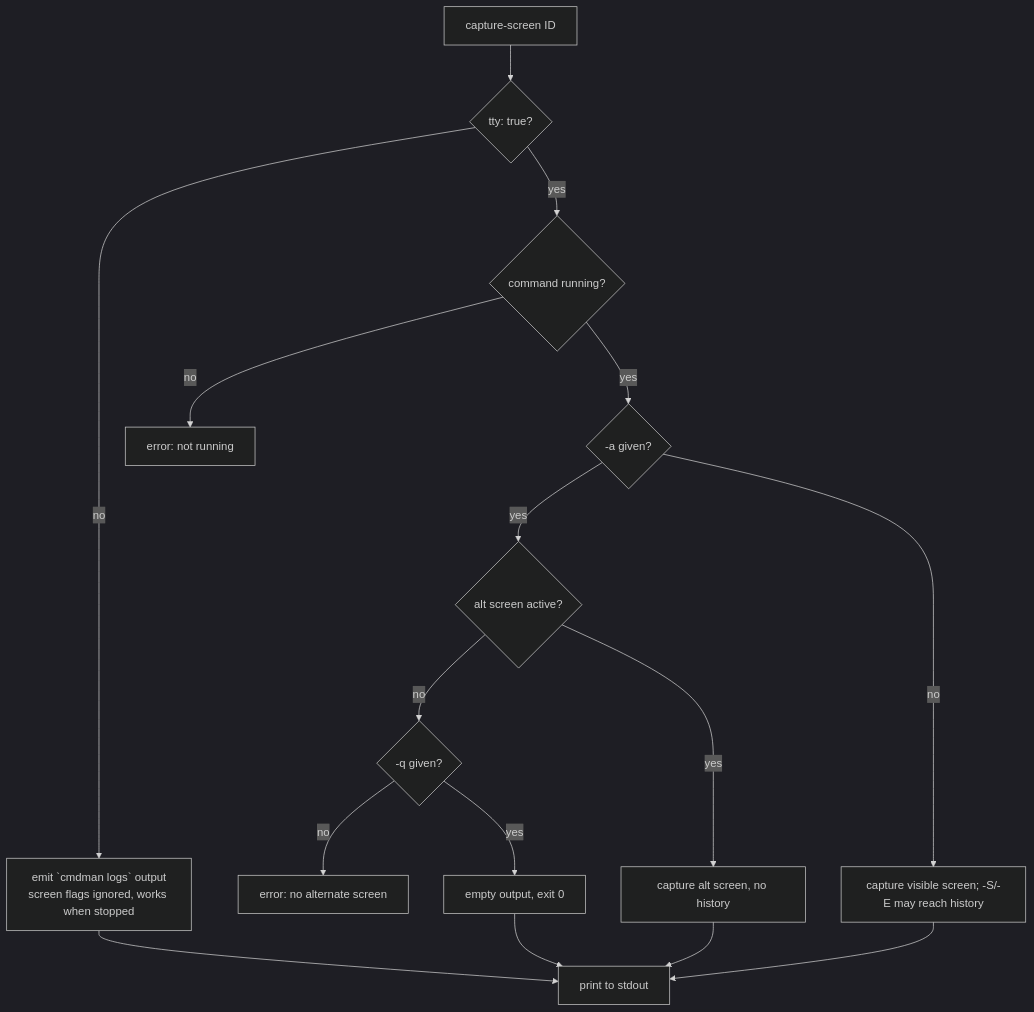
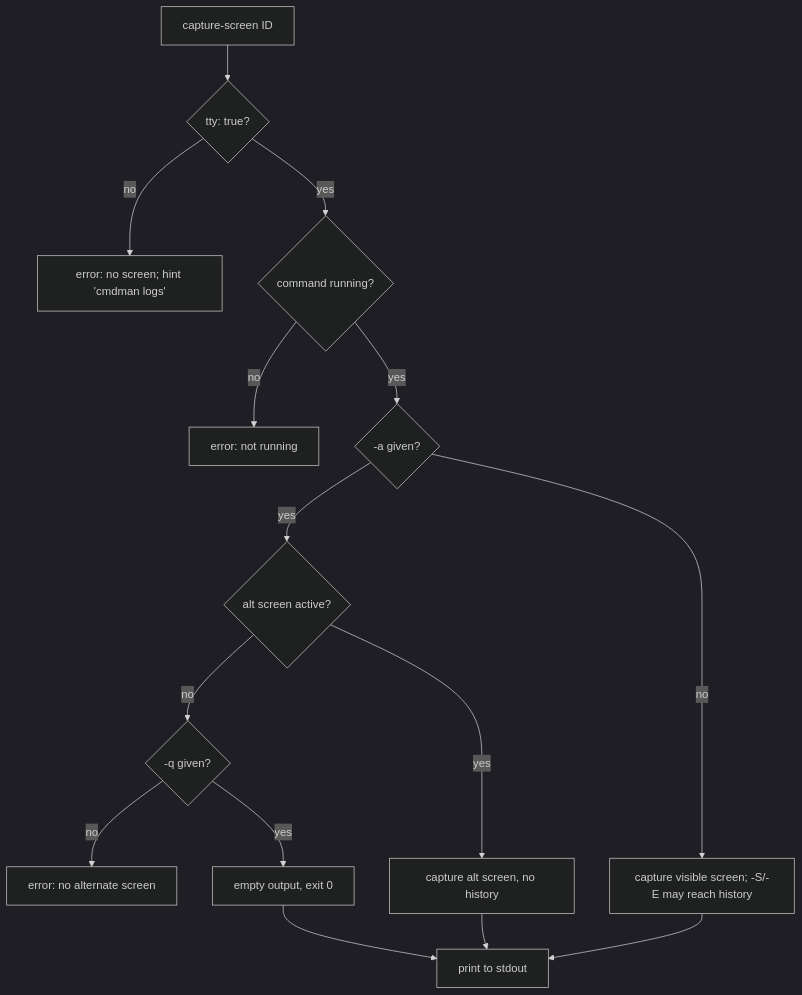
The diagram in doc/plan/2026-08-27-capture_screen/IDEA.md (ngicks/cmdman), drawn with Mermaid (dark theme) before and after one commit. The commit also changed other lines of this file and 3 other files, not shown here.

````diff
--- a/doc/plan/2026-08-27-capture_screen/IDEA.md
+++ b/doc/plan/2026-08-27-capture_screen/IDEA.md
@@ -52,18 +65,17 @@
 ```mermaid
 flowchart TD
     A[capture-screen ID] --> C{tty: true?}
-    C -- no --> L[emit `cmdman logs` output<br/>screen flags ignored, works when stopped]
-    L --> K
+    C -- no --> E2[error: no screen; hint 'cmdman logs']
     C -- yes --> B{command running?}
     B -- no --> E1[error: not running]
     B -- yes --> D{-a given?}
     D -- yes --> F{alt screen active?}
     F -- no --> G{-q given?}
     G -- no --> E3[error: no alternate screen]
     G -- yes --> H[empty output, exit 0]
     F -- yes --> I[capture alt screen, no history]
     D -- no --> J[capture visible screen; -S/-E may reach history]
     I --> K[print to stdout]
     J --> K
     H --> K
 ```
````
